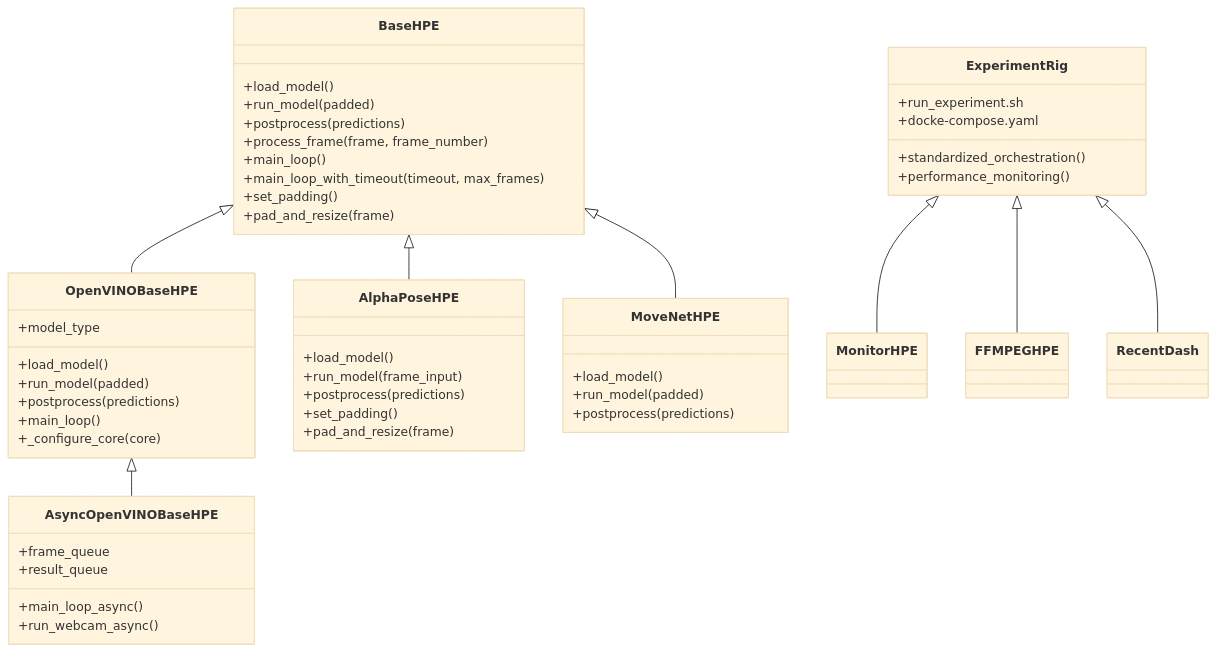
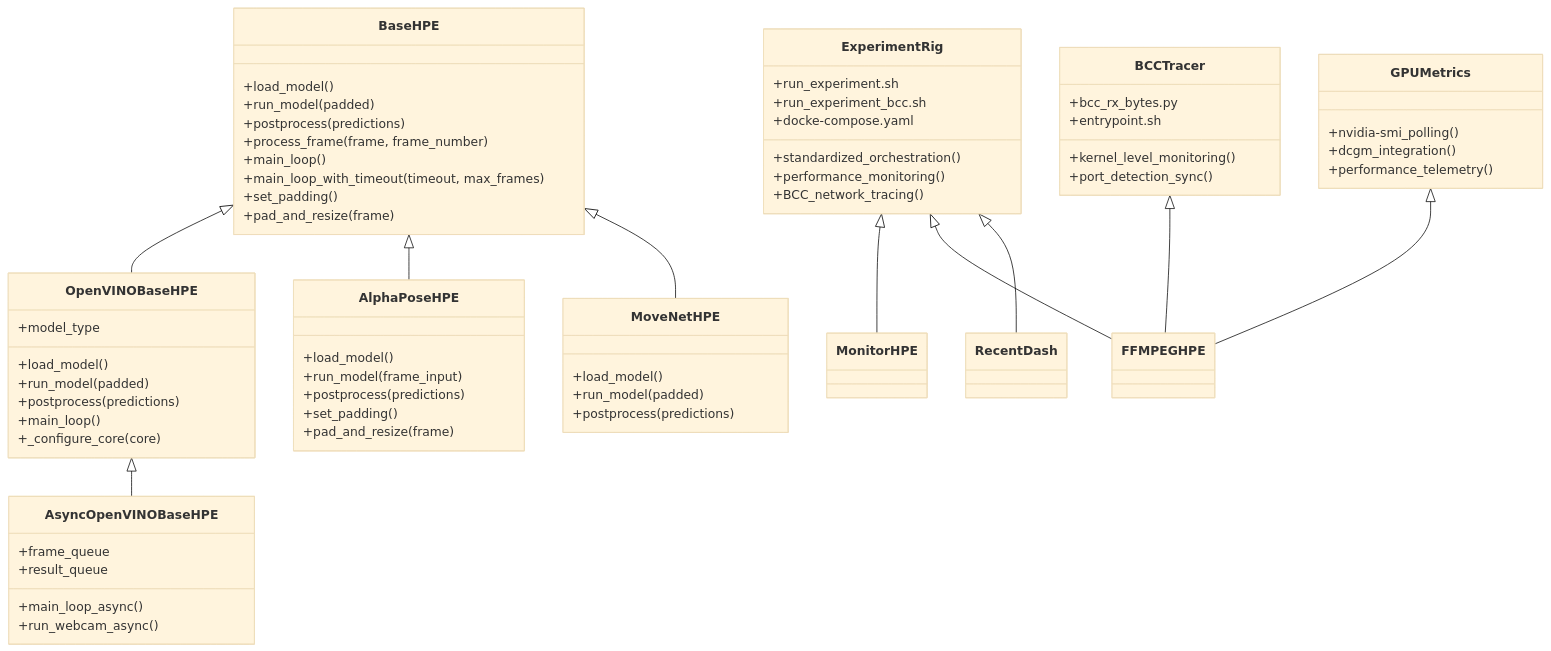
The second of 4 diagrams in .qoder/repowiki/en/content/Contributing Guidelines.md (Fogus-Gr/MeasurementsDTs), drawn with Mermaid (base theme) before and after one commit. The commit also changed other lines of this file and 9 other files, not shown here.

````diff
--- a/.qoder/repowiki/en/content/Contributing Guidelines.md
+++ b/.qoder/repowiki/en/content/Contributing Guidelines.md
@@ -122,52 +134,67 @@
 ```mermaid
 classDiagram
 class BaseHPE {
 +load_model()
 +run_model(padded)
 +postprocess(predictions)
 +process_frame(frame, frame_number)
 +main_loop()
 +main_loop_with_timeout(timeout, max_frames)
 +set_padding()
 +pad_and_resize(frame)
 }
 class OpenVINOBaseHPE {
 +model_type
 +load_model()
 +run_model(padded)
 +postprocess(predictions)
 +main_loop()
 +_configure_core(core)
 }
 class AsyncOpenVINOBaseHPE {
 +frame_queue
 +result_queue
 +main_loop_async()
 +run_webcam_async()
 }
 class AlphaPoseHPE {
 +load_model()
 +run_model(frame_input)
 +postprocess(predictions)
 +set_padding()
 +pad_and_resize(frame)
 }
 class MoveNetHPE {
 +load_model()
 +run_model(padded)
 +postprocess(predictions)
 }
 class ExperimentRig {
 +run_experiment.sh
++run_experiment_bcc.sh
 +docke-compose.yaml
 +standardized_orchestration()
 +performance_monitoring()
++BCC_network_tracing()
+}
+class BCCTracer {
++bcc_rx_bytes.py
++entrypoint.sh
++kernel_level_monitoring()
++port_detection_sync()
+}
+class GPUMetrics {
++nvidia-smi_polling()
++dcgm_integration()
++performance_telemetry()
 }
 BaseHPE <|-- OpenVINOBaseHPE
 OpenVINOBaseHPE <|-- AsyncOpenVINOBaseHPE
 BaseHPE <|-- AlphaPoseHPE
 BaseHPE <|-- MoveNetHPE
 ExperimentRig <|-- MonitorHPE
 ExperimentRig <|-- FFMPEGHPE
 ExperimentRig <|-- RecentDash
+BCCTracer <|-- FFMPEGHPE
+GPUMetrics <|-- FFMPEGHPE
 ```
````
